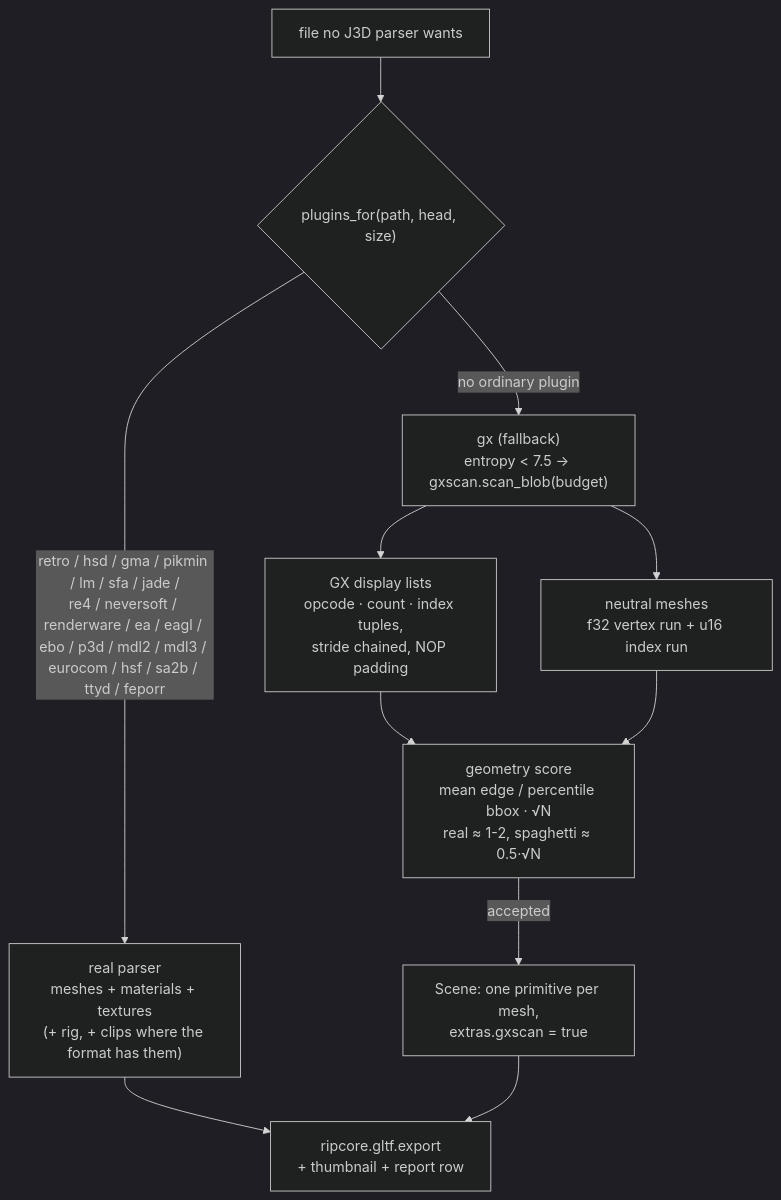
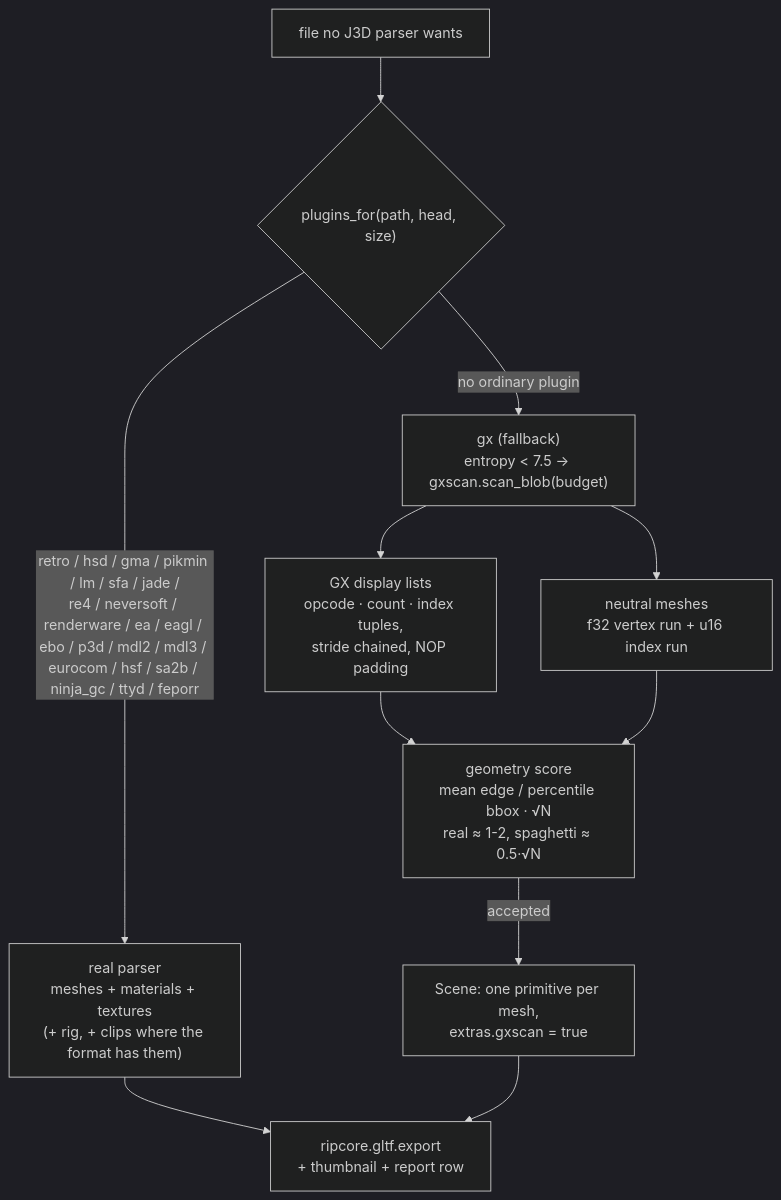
Before and after one commit to Felbs/3d-ripper-9000: the eighth of 8 diagrams in docs/PIPELINE.md, drawn with Mermaid (dark theme). The commit also changed other lines of this file, not shown here.

````diff
--- a/docs/PIPELINE.md
+++ b/docs/PIPELINE.md
@@ -173,11 +173,11 @@
 ```mermaid
 flowchart TD
     F["file no J3D parser wants"] --> D{"plugins_for(path, head, size)"}
-    D -->|"retro / hsd / gma / pikmin / lm / sfa / jade /<br/>re4 / neversoft / renderware / ea / eagl / ebo / p3d / mdl2 / mdl3 / eurocom / hsf / sa2b / ttyd / feporr"| R["real parser<br/>meshes + materials + textures<br/>(+ rig, + clips where the format has them)"]
+    D -->|"retro / hsd / gma / pikmin / lm / sfa / jade /<br/>re4 / neversoft / renderware / ea / eagl / ebo / p3d / mdl2 / mdl3 / eurocom / hsf / sa2b / ninja_gc / ttyd / feporr"| R["real parser<br/>meshes + materials + textures<br/>(+ rig, + clips where the format has them)"]
     D -->|"no ordinary plugin"| S["gx (fallback)<br/>entropy < 7.5 → gxscan.scan_blob(budget)"]
     S --> L["GX display lists<br/>opcode · count · index tuples,<br/>stride chained, NOP padding"]
     S --> N["neutral meshes<br/>f32 vertex run + u16 index run"]
     L & N --> SC["geometry score<br/>mean edge / percentile bbox · √N<br/>real ≈ 1-2, spaghetti ≈ 0.5·√N"]
     SC -->|"accepted"| M["Scene: one primitive per mesh,<br/>extras.gxscan = true"]
     R & M --> E["ripcore.gltf.export<br/>+ thumbnail + report row"]
 ```
````
